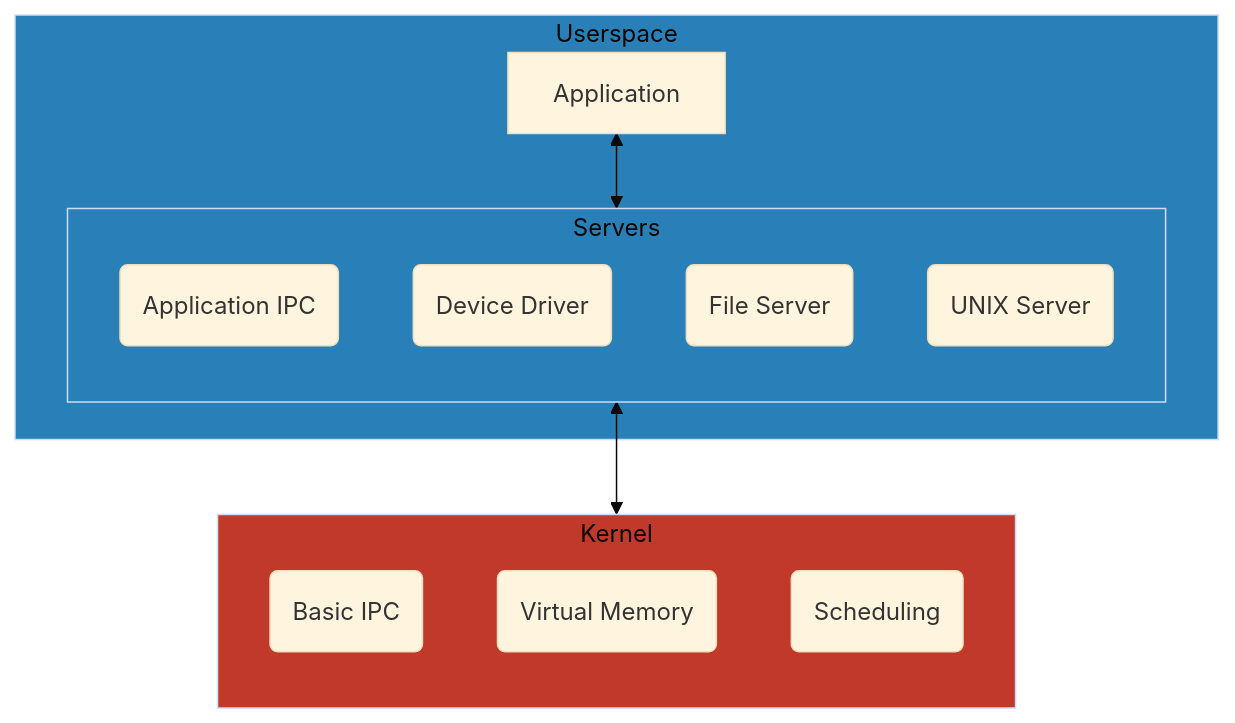
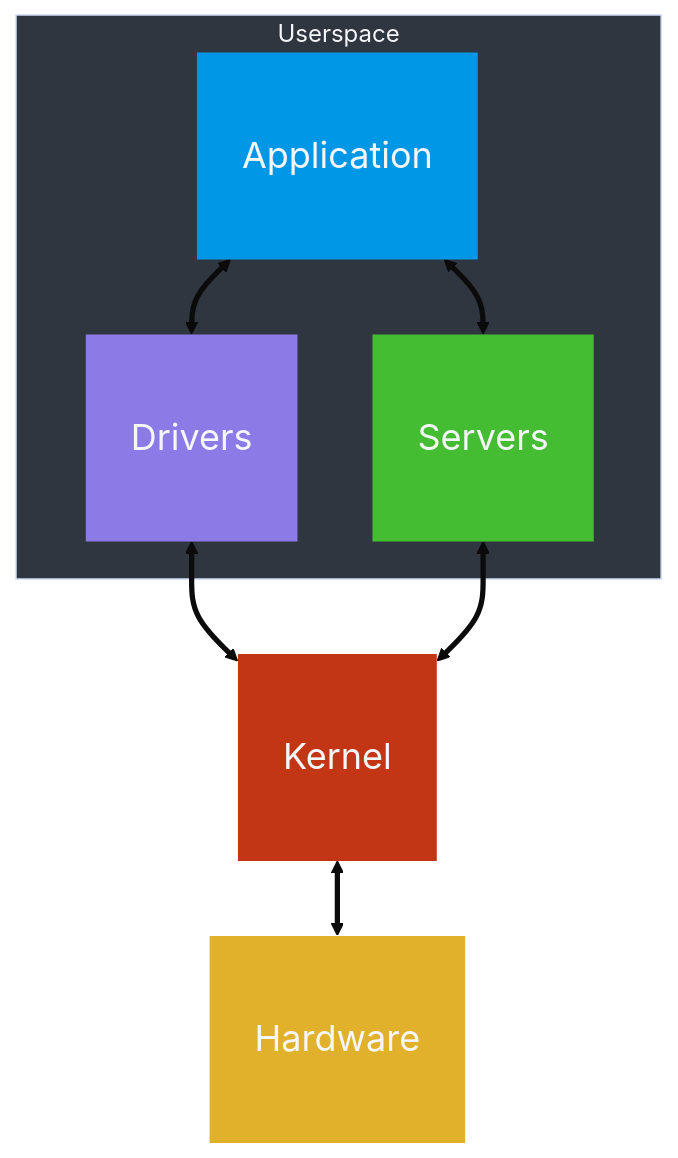
Before and after one commit to theomund/neuros: the diagram in README.md, drawn with Mermaid (base theme).

Commit message:
fix: simplify architecture diagram

````diff
--- a/README.md
+++ b/README.md
@@ -40,24 +40,17 @@
 ```mermaid
 graph BT
+    classDef node font-size:24px,padding:64px,color:#f5f6fa,stroke-width:0px
+    style Application fill:#0097e6
+    style Drivers fill:#8c7ae6
+    style Hardware fill:#e1b12c
+    style Kernel fill:#c23616
+    style Servers fill:#44bd32
+    style Userspace color:#f5f6fa,fill:#2f3640
+    Hardware <==> Kernel
+    Kernel <==> Drivers
+    Kernel <==> Servers
     subgraph Userspace
-        style Userspace fill: #2980b9
-        subgraph Servers
-            direction BT
-            style Servers fill: #2980b9
-            app_ipc(Application IPC)
-            device(Device Driver)
-            file(File Server)
-            unix(UNIX Server)
-        end
-        Application
+        Drivers <==> Application
+        Servers <==> Application
     end
-    subgraph Kernel
-        direction BT
-        style Kernel fill: #c0392b
-        basic_ipc(Basic IPC)
-        memory(Virtual Memory)
-        scheduler(Scheduling)
-    end
-    Servers <--> Application
-    Kernel <--> Servers
 ```
````
